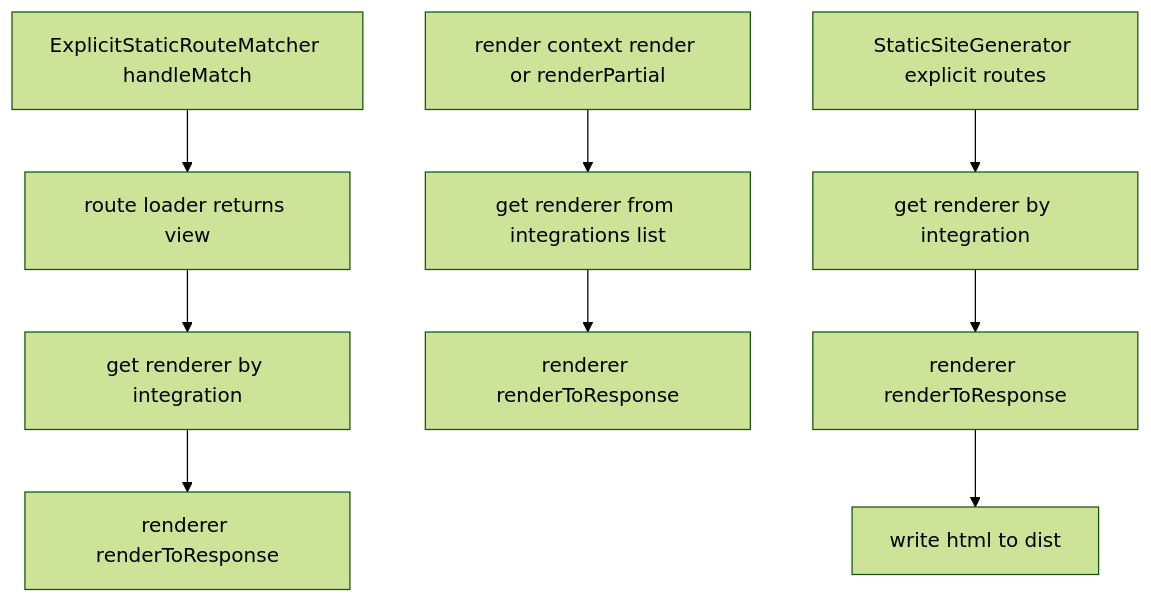
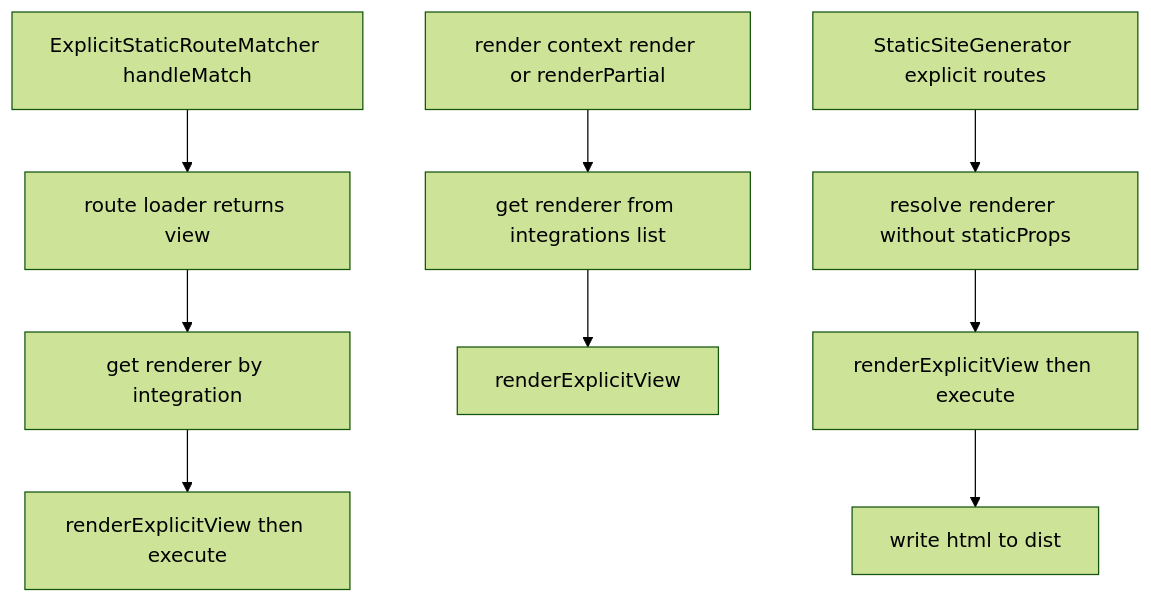
The fifth of 5 diagrams in packages/core/src/route-renderer/GRAPH.md (ecopages/ecopages), drawn with Mermaid (forest theme) before and after one commit. The commit also changed 46 other files, not shown here.

First line of the commit message:
feat(core): render explicit views through the route pipeline

````diff
--- a/packages/core/src/route-renderer/GRAPH.md
+++ b/packages/core/src/route-renderer/GRAPH.md
@@ -99,13 +99,13 @@
 ```mermaid
 flowchart TD
   A[ExplicitStaticRouteMatcher handleMatch] --> B[route loader returns view]
   B --> C[get renderer by integration]
-  C --> D[renderer renderToResponse]
+  C --> D[renderExplicitView then execute]
 
   E[render context render or renderPartial] --> F[get renderer from integrations list]
-  F --> G[renderer renderToResponse]
+  F --> G[renderExplicitView]
 
-  H[StaticSiteGenerator explicit routes] --> I[get renderer by integration]
-  I --> J[renderer renderToResponse]
+  H[StaticSiteGenerator explicit routes] --> I[resolve renderer without staticProps]
+  I --> J[renderExplicitView then execute]
   J --> K[write html to dist]
 ```
````
